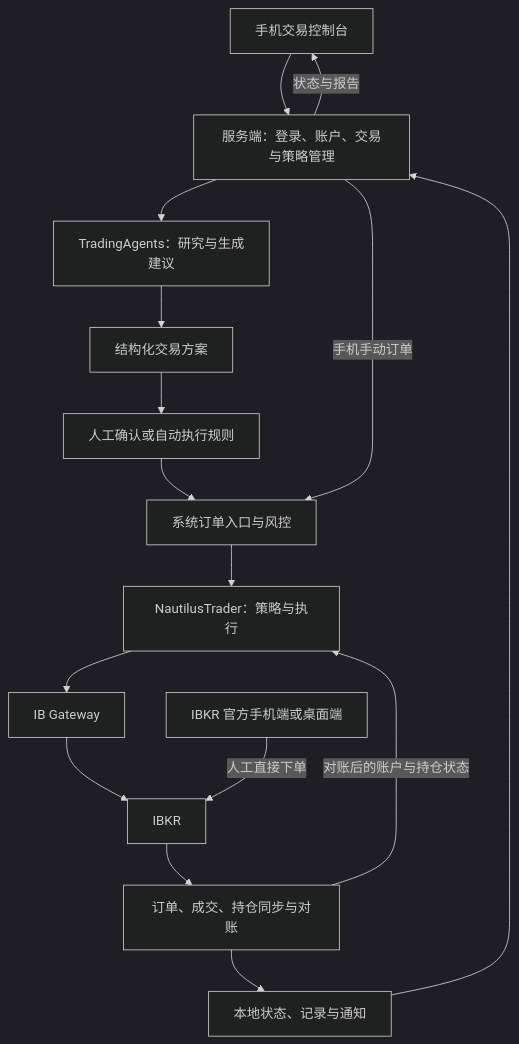
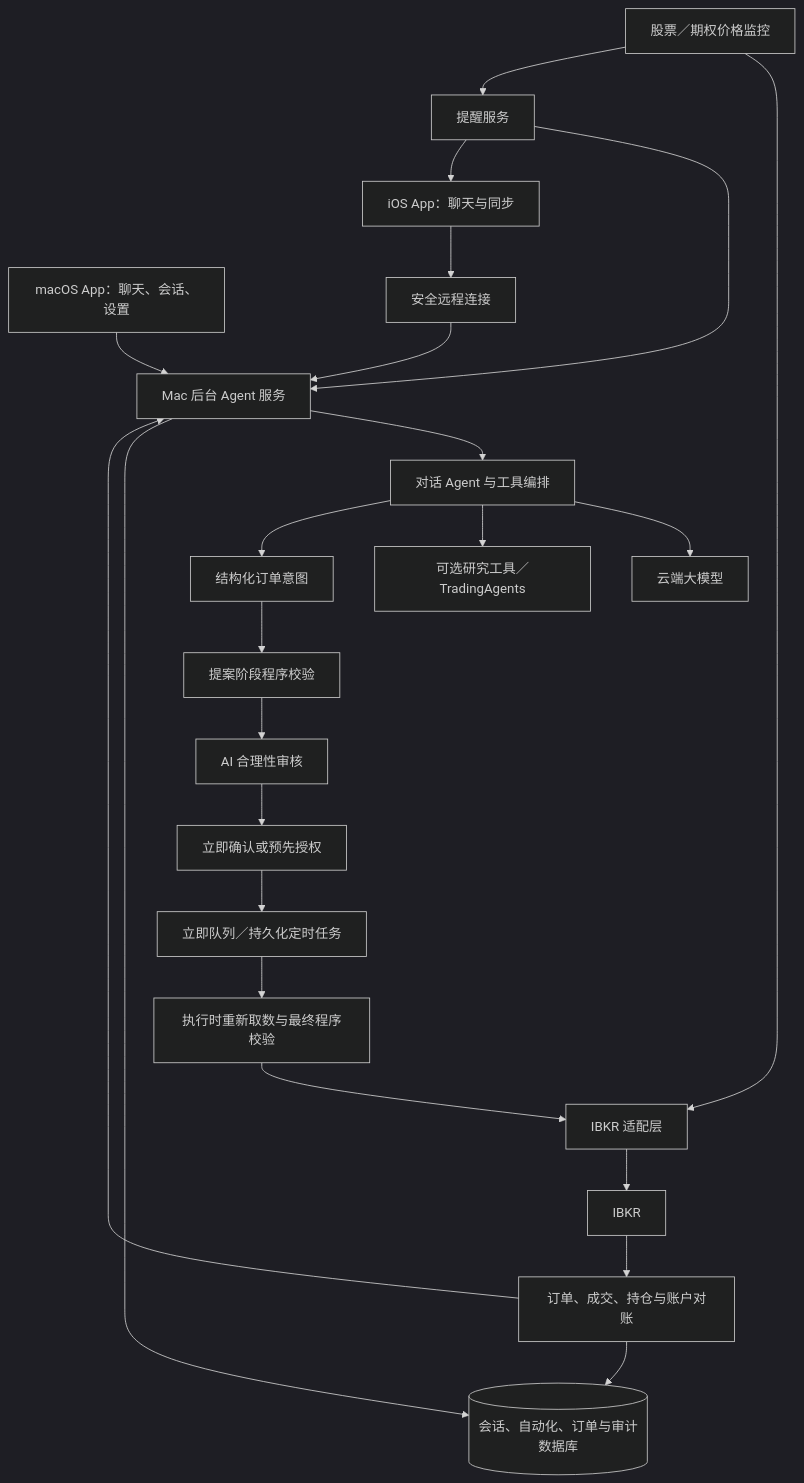
The diagram in PROJECT_OUTLINE.md (yololippy/trading-agent), drawn with Mermaid (dark theme) before and after one commit. The commit also changed other lines of this file, not shown here.

Commit message:
docs: refocus scope on conversational IBKR agent

````diff
--- a/PROJECT_OUTLINE.md
+++ b/PROJECT_OUTLINE.md
@@ -29,18 +52,29 @@
 ```mermaid
 flowchart TD
-    Phone[手机交易控制台] --> Backend[服务端：登录、账户、交易与策略管理]
-    Backend --> AI[TradingAgents：研究与生成建议]
-    AI --> Proposal[结构化交易方案]
-    Proposal --> Approval[人工确认或自动执行规则]
-    Approval --> Risk[系统订单入口与风控]
-    Backend -->|手机手动订单| Risk
-    Risk --> Engine[NautilusTrader：策略与执行]
-    Engine --> Gateway[IB Gateway]
-    Gateway --> Broker[IBKR]
-    Official[IBKR 官方手机端或桌面端] -->|人工直接下单| Broker
-    Broker --> Sync[订单、成交、持仓同步与对账]
-    Sync --> State[本地状态、记录与通知]
-    Sync -->|对账后的账户与持仓状态| Engine
-    State --> Backend
-    Backend -->|状态与报告| Phone
+    MacApp[macOS App：聊天、会话、设置] --> API[Mac 后台 Agent 服务]
+    IOS[iOS App：聊天与同步] --> Remote[安全远程连接]
+    Remote --> API
+
+    API --> Chat[对话 Agent 与工具编排]
+    Chat --> LLM[云端大模型]
+    Chat --> Research[可选研究工具／TradingAgents]
+    API --> DB[(会话、自动化、订单与审计数据库)]
+
+    Chat --> Intent[结构化订单意图]
+    Intent --> Precheck[提案阶段程序校验]
+    Precheck --> Review[AI 合理性审核]
+    Review --> Confirm[立即确认或预先授权]
+    Confirm --> Scheduler[立即队列／持久化定时任务]
+    Scheduler --> FinalCheck[执行时重新取数与最终程序校验]
+    FinalCheck --> Broker[IBKR 适配层]
+    Broker --> IBKR[IBKR]
+
+    IBKR --> Reconcile[订单、成交、持仓与账户对账]
+    Reconcile --> DB
+    Reconcile --> API
+
+    Monitor[股票／期权价格监控] --> Broker
+    Monitor --> Notify[提醒服务]
+    Notify --> API
+    Notify --> IOS
 ```
````
